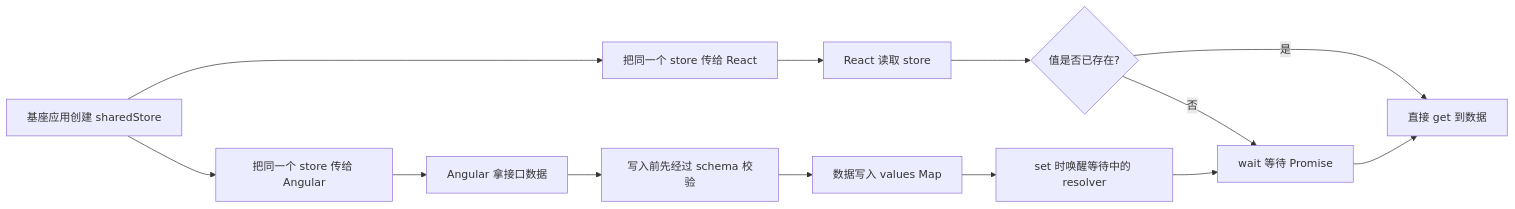
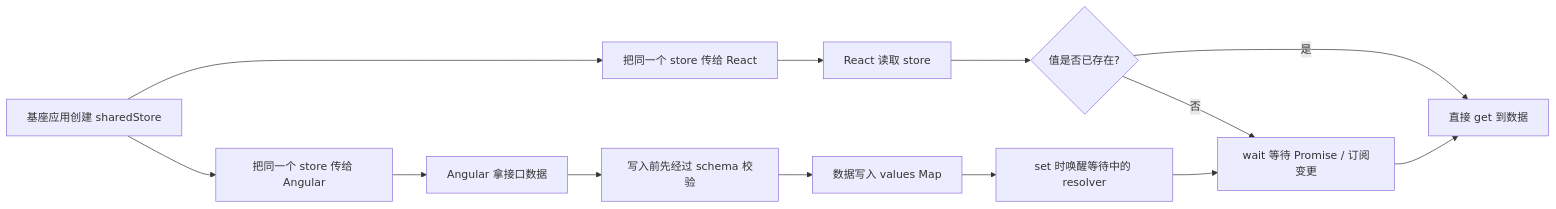
The diagram in README.md (deltamx-ai/shared-service), drawn with Mermaid before and after one commit. The commit also changed other lines of this file and 2 other files, not shown here.

````diff
--- a/README.md
+++ b/README.md
@@ -87,15 +104,15 @@
 ```mermaid
 flowchart LR
   A[基座应用创建 sharedStore] --> B[把同一个 store 传给 Angular]
   A --> C[把同一个 store 传给 React]
   B --> D[Angular 拿接口数据]
   D --> E[写入前先经过 schema 校验]
   E --> F[数据写入 values Map]
   C --> G[React 读取 store]
   G --> H{值是否已存在?}
   H -- 是 --> I[直接 get 到数据]
-  H -- 否 --> J[wait 等待 Promise]
+  H -- 否 --> J[wait 等待 Promise / 订阅变更]
   F --> K[set 时唤醒等待中的 resolver]
   K --> J
   J --> I
 ```
````
